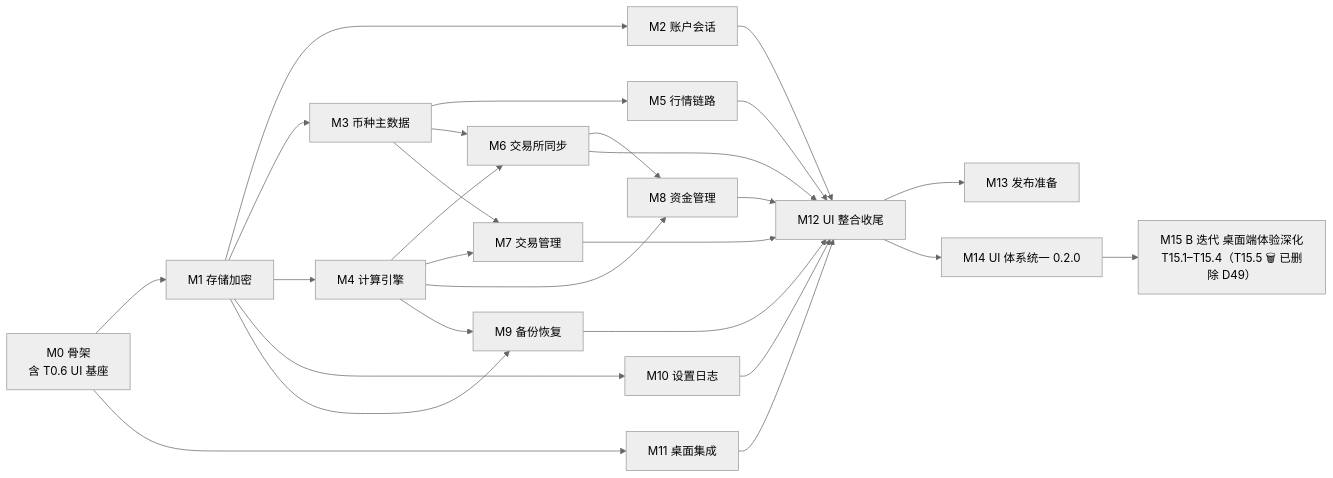
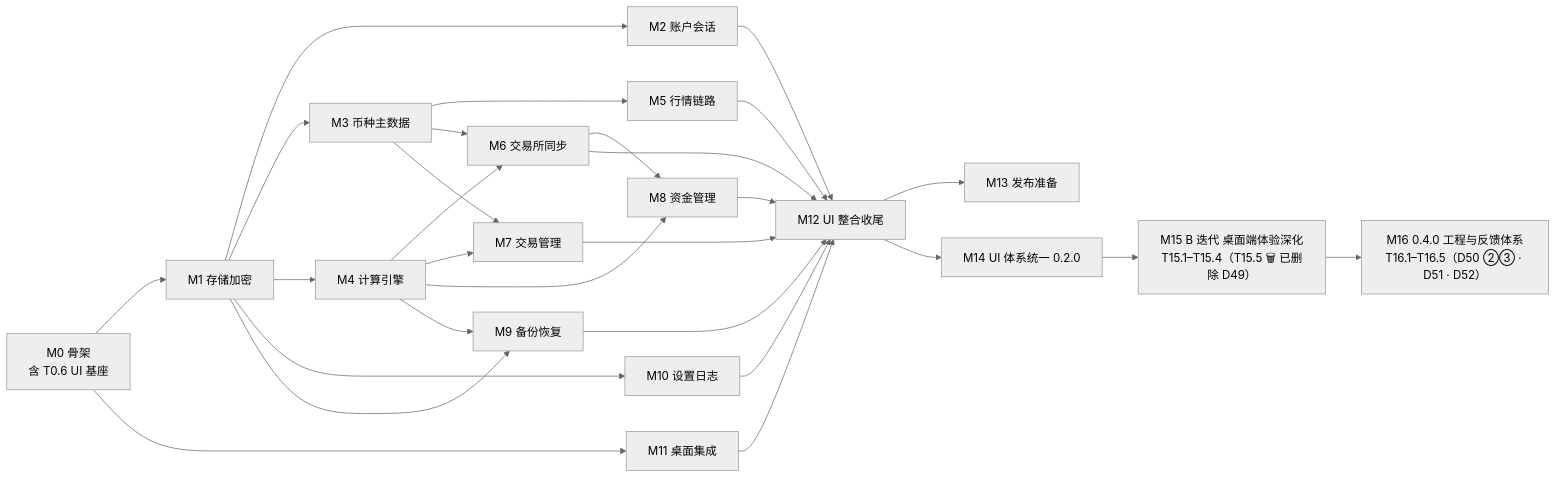
Before and after one commit to mapleafly/wuzhufolio: the diagram in docs/tech/task-breakdown.md, drawn with Mermaid (neutral theme). The commit also changed other lines of this file and 14 other files, not shown here.

````diff
--- a/docs/tech/task-breakdown.md
+++ b/docs/tech/task-breakdown.md
@@ -35,22 +36,23 @@
 ```mermaid
 flowchart LR
   T0[M0 骨架<br/>含 T0.6 UI 基座] --> T1[M1 存储加密]
   T1 --> T2[M2 账户会话]
   T1 --> T3[M3 币种主数据]
   T1 --> T4[M4 计算引擎]
   T1 --> T10[M10 设置日志]
   T0 --> T11[M11 桌面集成]
   T3 --> T5[M5 行情链路]
   T3 --> T6[M6 交易所同步]
   T4 --> T6
   T4 --> T7[M7 交易管理]
   T3 --> T7
   T4 --> T8[M8 资金管理]
   T6 --> T8
   T1 --> T9[M9 备份恢复]
   T4 --> T9
   T2 & T5 & T6 & T7 & T8 & T9 & T10 & T11 --> T12[M12 UI 整合收尾]
   T12 --> T13[M13 发布准备]
   T12 --> T14[M14 UI 体系统一 0.2.0]
   T14 --> T15[M15 B 迭代 桌面端体验深化<br/>T15.1–T15.4（T15.5 🗑 已删除 D49）]
+    T15 --> T16[M16 0.4.0 工程与反馈体系<br/>T16.1–T16.5（D50 ②③ · D51 · D52）]
 ```
````
